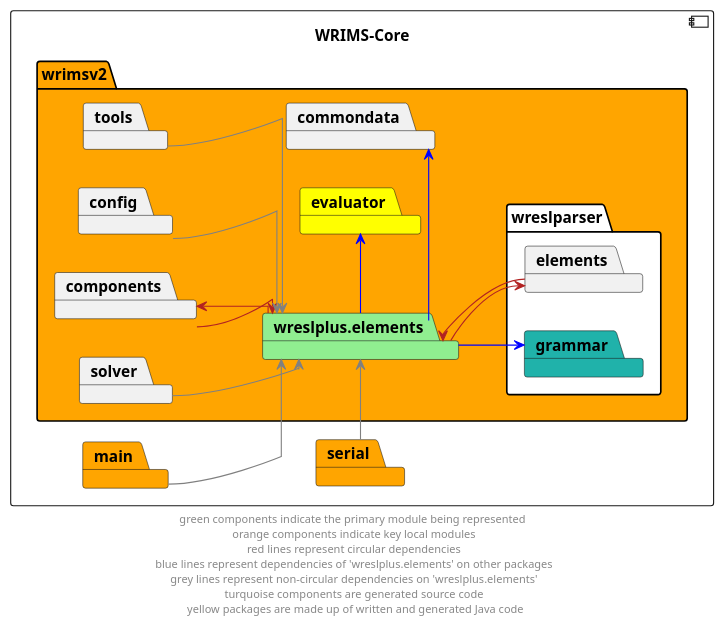
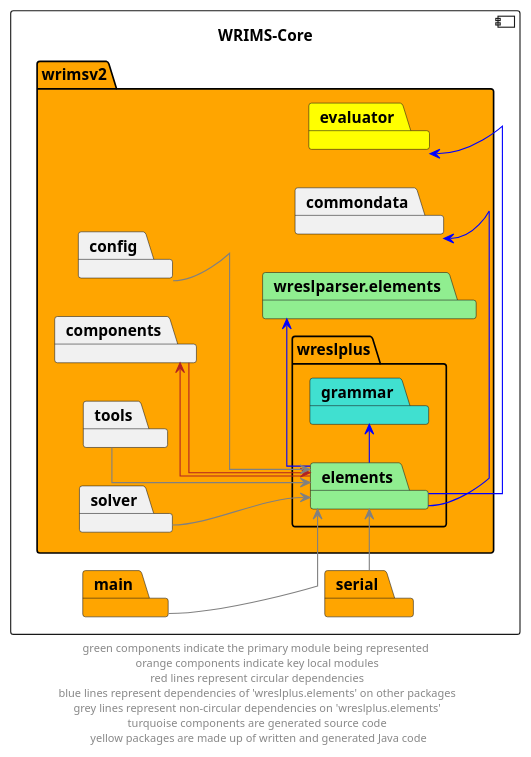
The diagram in docs/diagrams/wrims-core/wrims-core_wreslplus-elements.puml (CentralValleyModeling/wrims), drawn with PlantUML before and after one commit. The commit also changed 25 other files, not shown here.

```diff
--- a/docs/diagrams/wrims-core/wrims-core_wreslplus-elements.puml
+++ b/docs/diagrams/wrims-core/wrims-core_wreslplus-elements.puml
@@ -1,45 +1,44 @@
 @startuml
 left to right direction
 skinparam linetype ortho
 
 component wrims_core as "WRIMS-Core" {
         package wrimsv2 #orange {
-            package wreslplus.elements #lightgreen
+        package wreslparser.elements #lightgreen
         package commondata
         package components
         package evaluator #yellow
-        package wreslparser #white {
-            package elements
-            package grammar #lightseagreen
-        }
+        package wreslplus{
+            package elements #lightgreen
+            package grammar #turquoise
+            }
         package config
         package solver
         package tools
     }
     package main #orange
     package serial #orange
 }
 
-wreslplus.elements -l->  components #firebrick
-components -->  wreslplus.elements #firebrick
-wreslplus.elements -->  elements #firebrick
-elements -l->  wreslplus.elements #firebrick
+elements -l->  components #firebrick
+components -->  elements #firebrick
 
-wreslplus.elements -r->  commondata #blue
-wreslplus.elements -r->  evaluator #blue
-wreslplus.elements -->  grammar #blue
+elements -r->  evaluator #blue
+elements -r->  commondata #blue
+elements -r->  grammar #blue
+elements -r->  wreslparser.elements #blue
 
-config -->  wreslplus.elements #grey
-solver -->  wreslplus.elements #grey
-tools -->  wreslplus.elements #grey
+config -->  elements #grey
+solver -->  elements #grey
+tools -->  elements #grey
 
-main --> wreslplus.elements #grey
-serial -r-> wreslplus.elements #grey
+main --> elements #grey
+serial -r-> elements #grey
 
 ' The following relationships are hidden and used to format the diagram. They do not represent actual dependencies.
 elements -u[hidden]-> tools
 serial -u[hidden]-> main
 components -r[hidden]-> config
 
 footer "green components indicate the primary module being represented \n orange components indicate key local modules \n red lines represent circular dependencies \n blue lines represent dependencies of 'wreslplus.elements' on other packages \n grey lines represent non-circular dependencies on 'wreslplus.elements' \n turquoise components are generated source code \n yellow packages are made up of written and generated Java code"
 @enduml
```
